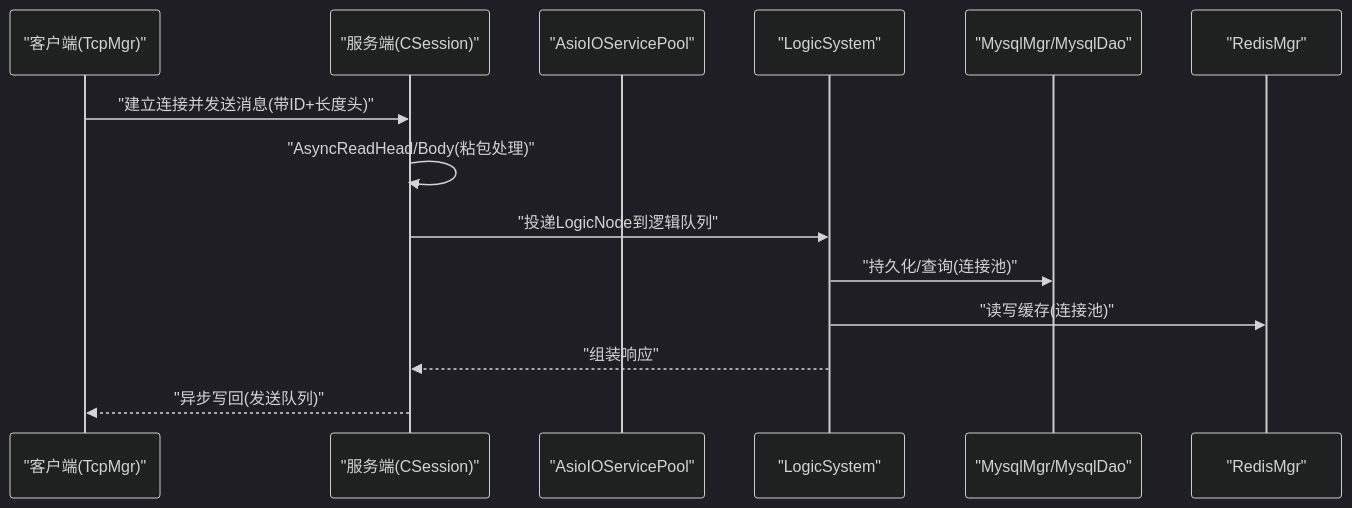
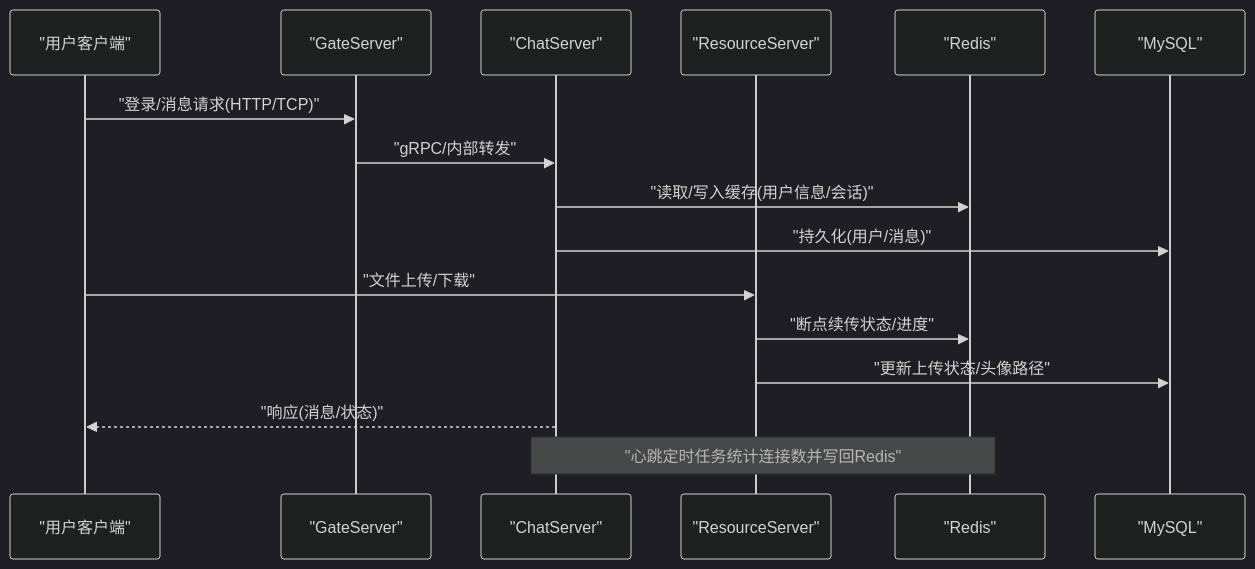
One commit to echo9923/mychatter changed the second of 6 diagrams in .qoder/repowiki/zh/content/性能优化/性能优化.md. Above: the diagram before and after it, drawn with Mermaid (dark theme). The commit also changed other lines of this file and 526 other files, not shown here.

Commit message:
docs: 为ChatServer所有头文件添加详细Doxygen注释 - 为18个头文件的类、函数、成员变量添加完整的中文注释 - 包含类职责说明、参数描述、返回值说明 - 涵盖AsioIOServicePool/CServer/CSession/LogicSystem等核心模块 - 同时更新GateServer的VerifyGrpcClient.h注释

````diff
--- a/.qoder/repowiki/zh/content/性能优化/性能优化.md
+++ b/.qoder/repowiki/zh/content/性能优化/性能优化.md
@@ -107,16 +88,18 @@
 ```mermaid
 sequenceDiagram
-participant Client as "客户端(TcpMgr)"
-participant Server as "服务端(CSession)"
-participant Pool as "AsioIOServicePool"
-participant Logic as "LogicSystem"
-participant DB as "MysqlMgr/MysqlDao"
-participant Cache as "RedisMgr"
-Client->>Server : "建立连接并发送消息(带ID+长度头)"
-Server->>Server : "AsyncReadHead/Body(粘包处理)"
-Server->>Logic : "投递LogicNode到逻辑队列"
-Logic->>DB : "持久化/查询(连接池)"
-Logic->>Cache : "读写缓存(连接池)"
-Logic-->>Server : "组装响应"
-Server-->>Client : "异步写回(发送队列)"
+participant U as "用户客户端"
+participant G as "GateServer"
+participant C as "ChatServer"
+participant R as "ResourceServer"
+participant RS as "Redis"
+participant DB as "MySQL"
+U->>G : "登录/消息请求(HTTP/TCP)"
+G->>C : "gRPC/内部转发"
+C->>RS : "读取/写入缓存(用户信息/会话)"
+C->>DB : "持久化(用户/消息)"
+U->>R : "文件上传/下载"
+R->>RS : "断点续传状态/进度"
+R->>DB : "更新上传状态/头像路径"
+C-->>U : "响应(消息/状态)"
+Note over C,RS : "心跳定时任务统计连接数并写回Redis"
 ```
````
